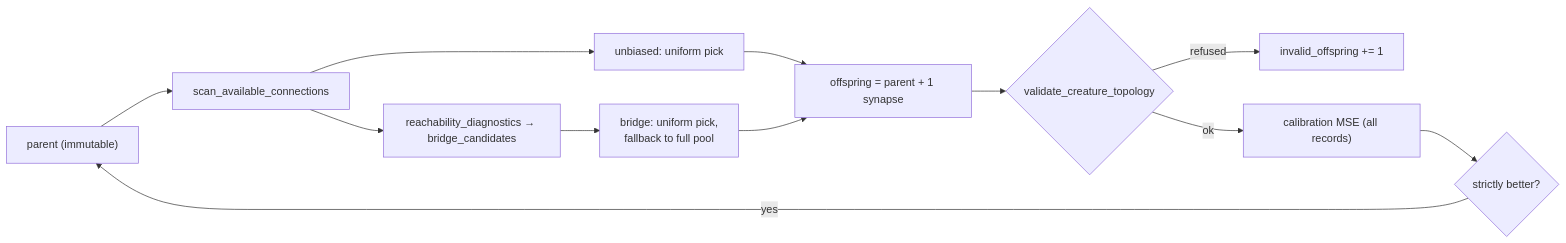
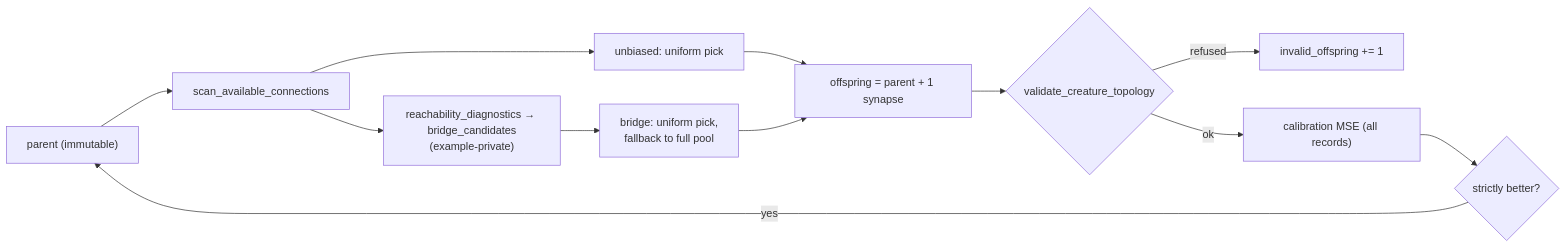
Before and after one commit to stSoftwareAU/NEAT-AI-core: the diagram in docs/archive/pr-summaries/pr-summary-759.md, drawn with Mermaid. The commit also changed other lines of this file, not shown here.

````diff
--- a/docs/archive/pr-summaries/pr-summary-759.md
+++ b/docs/archive/pr-summaries/pr-summary-759.md
@@ -33,14 +32,14 @@
 ```mermaid
 flowchart LR
     P["parent (immutable)"] --> S["scan_available_connections"]
     S --> U["unbiased: uniform pick"]
-    S --> R["reachability_diagnostics → bridge_candidates"]
+    S --> R["reachability_diagnostics → bridge_candidates<br/>(example-private)"]
     R --> B["bridge: uniform pick,<br/>fallback to full pool"]
     U --> O["offspring = parent + 1 synapse"]
     B --> O
     O --> V{"validate_creature_topology"}
     V -- refused --> I["invalid_offspring += 1"]
     V -- ok --> C["calibration MSE (all records)"]
     C --> A{"strictly better?"}
     A -- yes --> P
 ```
````
